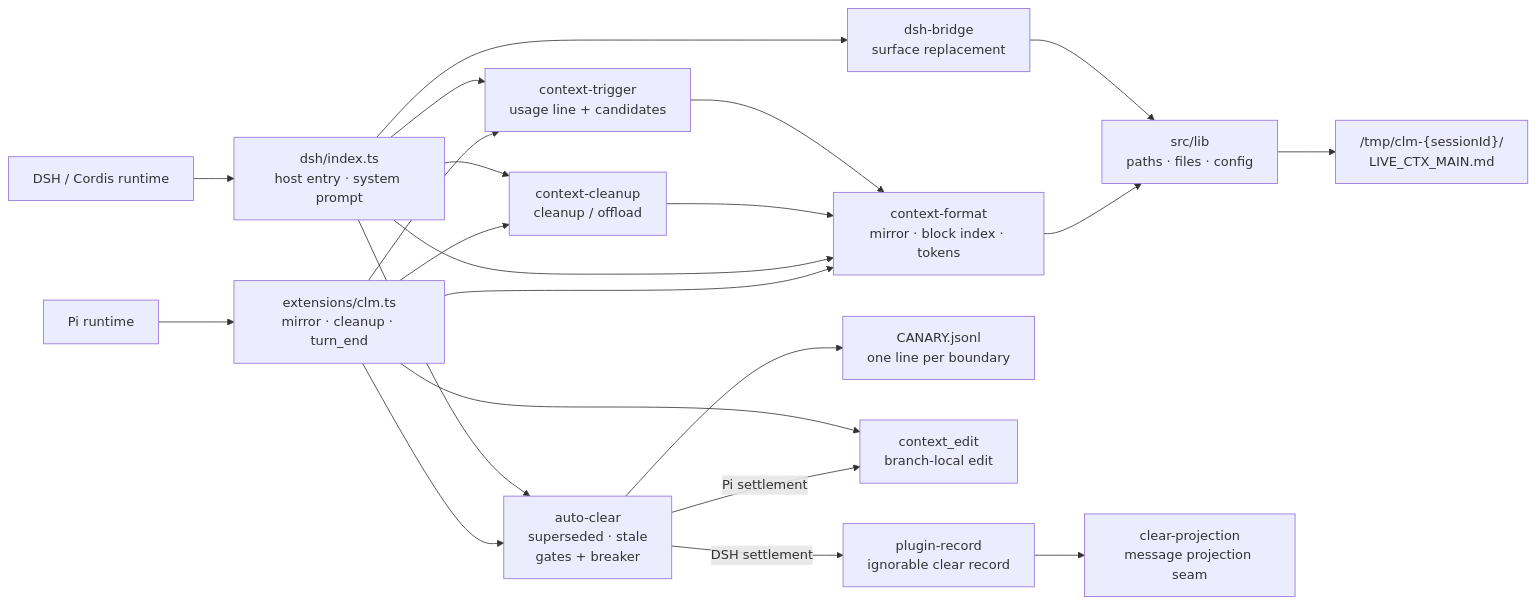
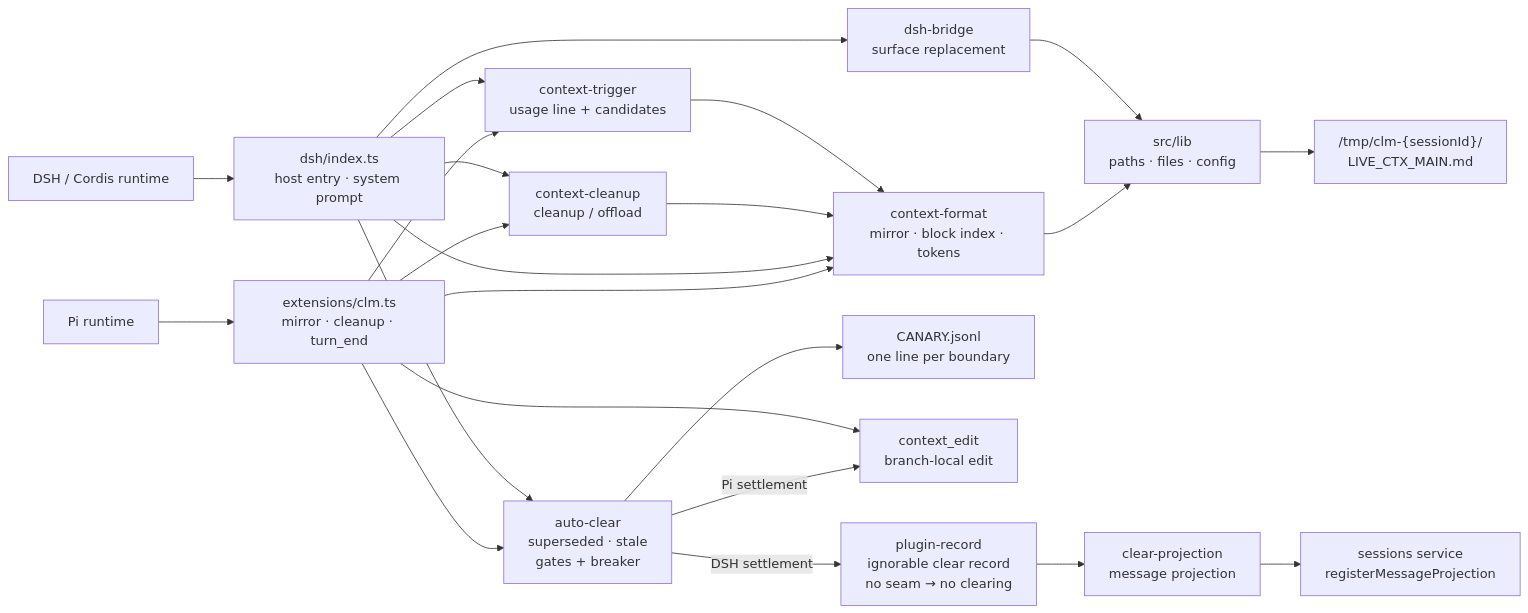
Before and after one commit to DevZjQx/oh-my-clm: the diagram in diagrams/oh-my-clm-plugin.mmd, drawn with Mermaid. The commit also changed 3 other files, not shown here.

First line of the commit message:
docs(diagrams): name the record seam's contract in the flow

```diff
--- a/diagrams/oh-my-clm-plugin.mmd
+++ b/diagrams/oh-my-clm-plugin.mmd
@@ -1,25 +1,26 @@
 graph LR
   PI["Pi runtime"] --> PIX["extensions/clm.ts<br/>mirror · cleanup · turn_end"]
   DSH["DSH / Cordis runtime"] --> DSHX["dsh/index.ts<br/>host entry · system prompt"]
 
   PIX --> FMT["context-format<br/>mirror · block index · tokens"]
   PIX --> CLN["context-cleanup<br/>cleanup / offload"]
   PIX --> TRG["context-trigger<br/>usage line + candidates"]
   PIX --> CAN["auto-clear<br/>superseded · stale<br/>gates + breaker"]
   DSHX --> FMT
   DSHX --> CLN
   DSHX --> TRG
   DSHX --> CAN
   DSHX --> BRG["dsh-bridge<br/>surface replacement"]
 
   CLN --> FMT
   TRG --> FMT
   FMT --> LIB["src/lib<br/>paths · files · config"]
   BRG --> LIB
 
   CAN --> CANLOG["CANARY.jsonl<br/>one line per boundary"]
   CAN -->|Pi settlement| CLE["context_edit<br/>branch-local edit"]
   PIX --> CLE
-  CAN -->|DSH settlement| REC["plugin-record<br/>ignorable clear record"]
-  REC --> PROJ["clear-projection<br/>message projection seam"]
+  CAN -->|DSH settlement| REC["plugin-record<br/>ignorable clear record<br/>no seam → no clearing"]
+  REC --> PROJ["clear-projection<br/>message projection"]
+  PROJ --> SESS["sessions service<br/>registerMessageProjection"]
   LIB --> MIRROR["/tmp/clm-{sessionId}/<br/>LIVE_CTX_MAIN.md"]
```
